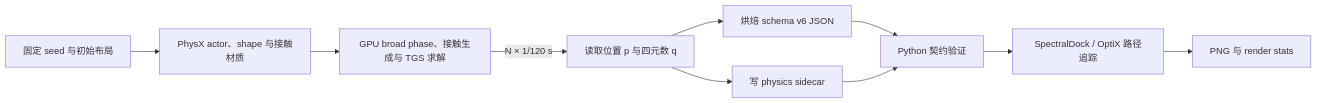
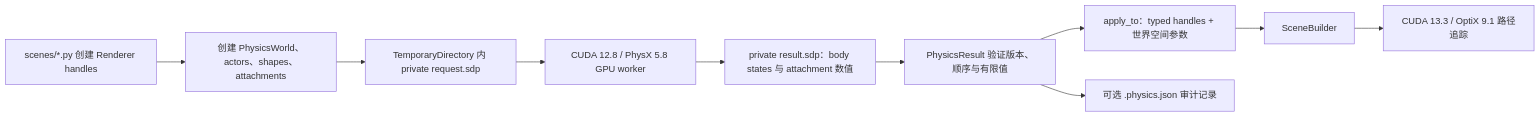
One commit to goooxu/SpectralDock changed the diagram in docs/technical-report/10-physx-rigid-body-scene-baking.md. Above: the diagram before and after it, drawn with Mermaid. The commit also changed other lines of this file and 109 other files, not shown here.

Commit message:
feat: make Python scenes directly executable

```diff
--- a/docs/technical-report/10-physx-rigid-body-scene-baking.md
+++ b/docs/technical-report/10-physx-rigid-body-scene-baking.md
@@ -20,12 +22,12 @@
 ~~~mermaid
 flowchart LR
-    A["固定 seed 与初始布局"] --> B["PhysX actor、shape 与接触材质"]
-    B --> C["GPU broad phase、接触生成与 TGS 求解"]
-    C -->|"N × 1/120 s"| D["读取位置 p 与四元数 q"]
-    D --> E["烘焙 schema v6 JSON"]
-    D --> F["写 physics sidecar"]
-    E --> G["Python 契约验证"]
-    F --> G
-    G --> H["SpectralDock / OptiX 路径追踪"]
-    H --> I["PNG 与 render stats"]
+    A["scenes/*.py 创建 Renderer handles"] --> B["创建 PhysicsWorld、actors、shapes、attachments"]
+    B --> C["TemporaryDirectory 内 private request.sdp"]
+    C --> D["CUDA 12.8 / PhysX 5.8 GPU worker"]
+    D --> E["private result.sdp：body states 与 attachment 数值"]
+    E --> F["PhysicsResult 验证版本、顺序与有限值"]
+    F --> G["apply_to：typed handles + 世界空间参数"]
+    G --> H["SceneBuilder"]
+    H --> I["CUDA 13.3 / OptiX 9.1 路径追踪"]
+    F --> J["可选 .physics.json 审计记录"]
 ~~~
```
